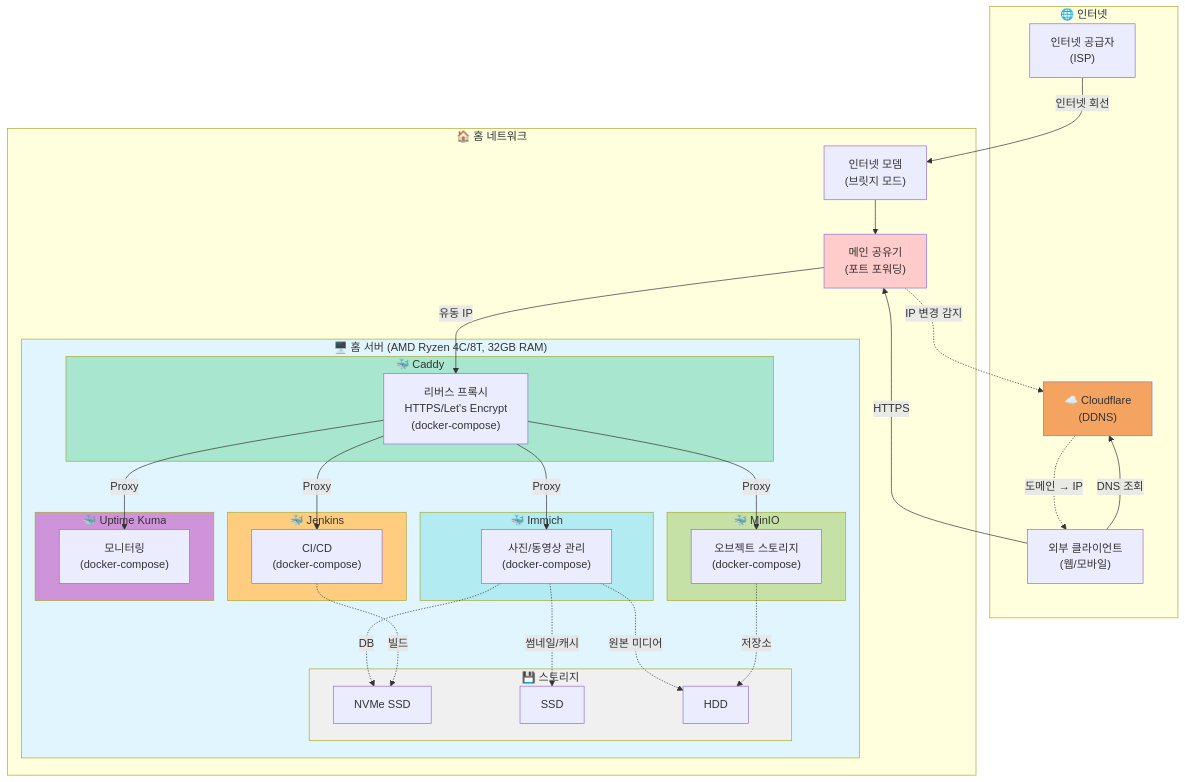
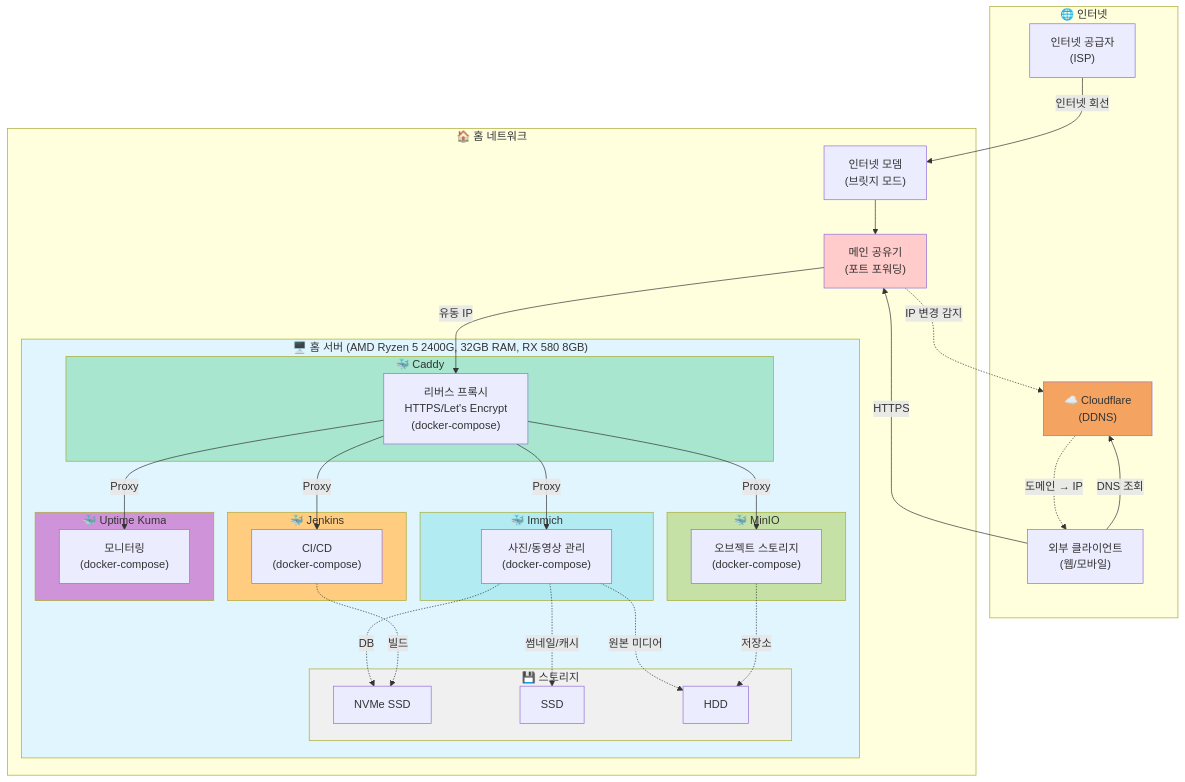
The diagram in home-server/README.md (shaul1991/shaul1991), drawn with Mermaid before and after one commit. The commit also changed other lines of this file, not shown here.

First line of the commit message:
Update home server specifications documentation (#3)

````diff
--- a/home-server/README.md
+++ b/home-server/README.md
@@ -13,71 +13,71 @@
 ```mermaid
 graph TB
     subgraph Internet["🌐 인터넷"]
         ISP["인터넷 공급자<br/>(ISP)"]
         Client["외부 클라이언트<br/>(웹/모바일)"]
         Cloudflare["☁️ Cloudflare<br/>(DDNS)"]
     end
 
     subgraph HomeNetwork["🏠 홈 네트워크"]
         Modem["인터넷 모뎀<br/>(브릿지 모드)"]
         Router["메인 공유기<br/>(포트 포워딩)"]
 
-        subgraph Server["🖥️ 홈 서버 (AMD Ryzen 4C/8T, 32GB RAM)"]
+        subgraph Server["🖥️ 홈 서버 (AMD Ryzen 5 2400G, 32GB RAM, RX 580 8GB)"]
             subgraph CaddyService["🐳 Caddy"]
                 Caddy["리버스 프록시<br/>HTTPS/Let's Encrypt<br/>(docker-compose)"]
             end
 
             subgraph ImmichService["🐳 Immich"]
                 Immich["사진/동영상 관리<br/>(docker-compose)"]
             end
 
             subgraph MinIOService["🐳 MinIO"]
                 MinIO["오브젝트 스토리지<br/>(docker-compose)"]
             end
 
             subgraph JenkinsService["🐳 Jenkins"]
                 Jenkins["CI/CD<br/>(docker-compose)"]
             end
 
             subgraph KumaService["🐳 Uptime Kuma"]
                 Kuma["모니터링<br/>(docker-compose)"]
             end
 
             subgraph Storage["💾 스토리지"]
                 NVMe["NVMe SSD"]
                 SSD["SSD"]
                 HDD["HDD"]
             end
         end
     end
 
     ISP -->|인터넷 회선| Modem
     Modem --> Router
     Router -->|유동 IP| Caddy
     Router -.->|IP 변경 감지| Cloudflare
 
     Client -->|DNS 조회| Cloudflare
     Cloudflare -.->|도메인 → IP| Client
     Client -->|HTTPS| Router
 
     Caddy -->|Proxy| Immich
     Caddy -->|Proxy| MinIO
     Caddy -->|Proxy| Jenkins
     Caddy -->|Proxy| Kuma
 
     Immich -.->|DB| NVMe
     Immich -.->|썸네일/캐시| SSD
     Immich -.->|원본 미디어| HDD
     MinIO -.->|저장소| HDD
     Jenkins -.->|빌드| NVMe
 
     style Server fill:#e1f5ff
     style CaddyService fill:#a8e6cf
     style ImmichService fill:#b2ebf2
     style MinIOService fill:#c5e1a5
     style JenkinsService fill:#ffcc80
     style KumaService fill:#ce93d8
     style Storage fill:#f0f0f0
     style Cloudflare fill:#f4a460
     style Router fill:#ffcccb
 ```
````
